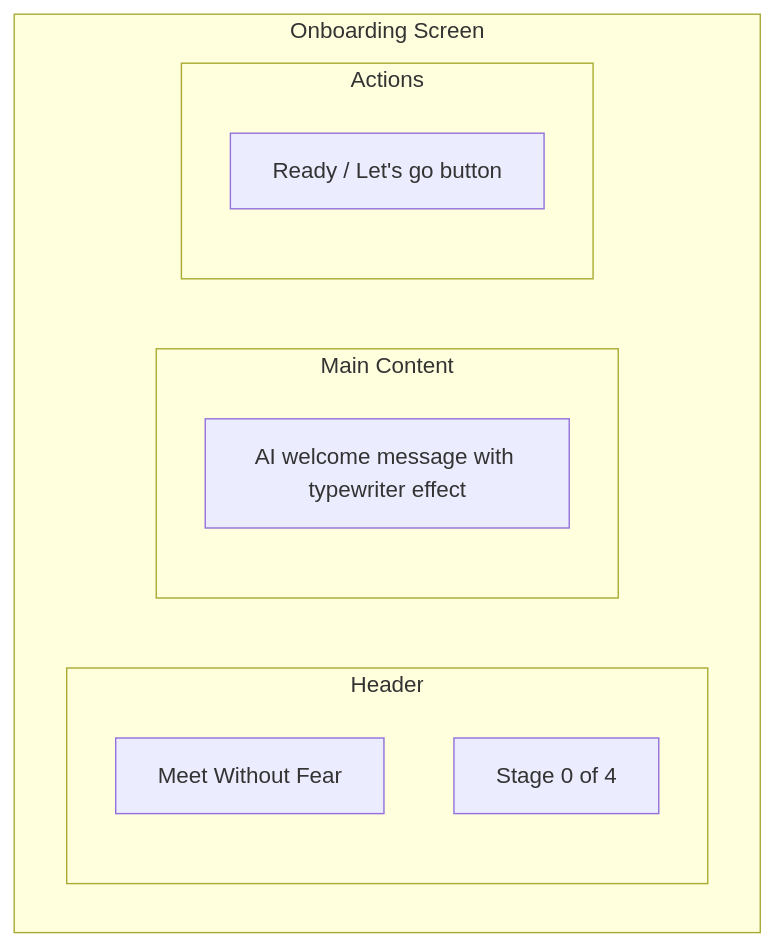
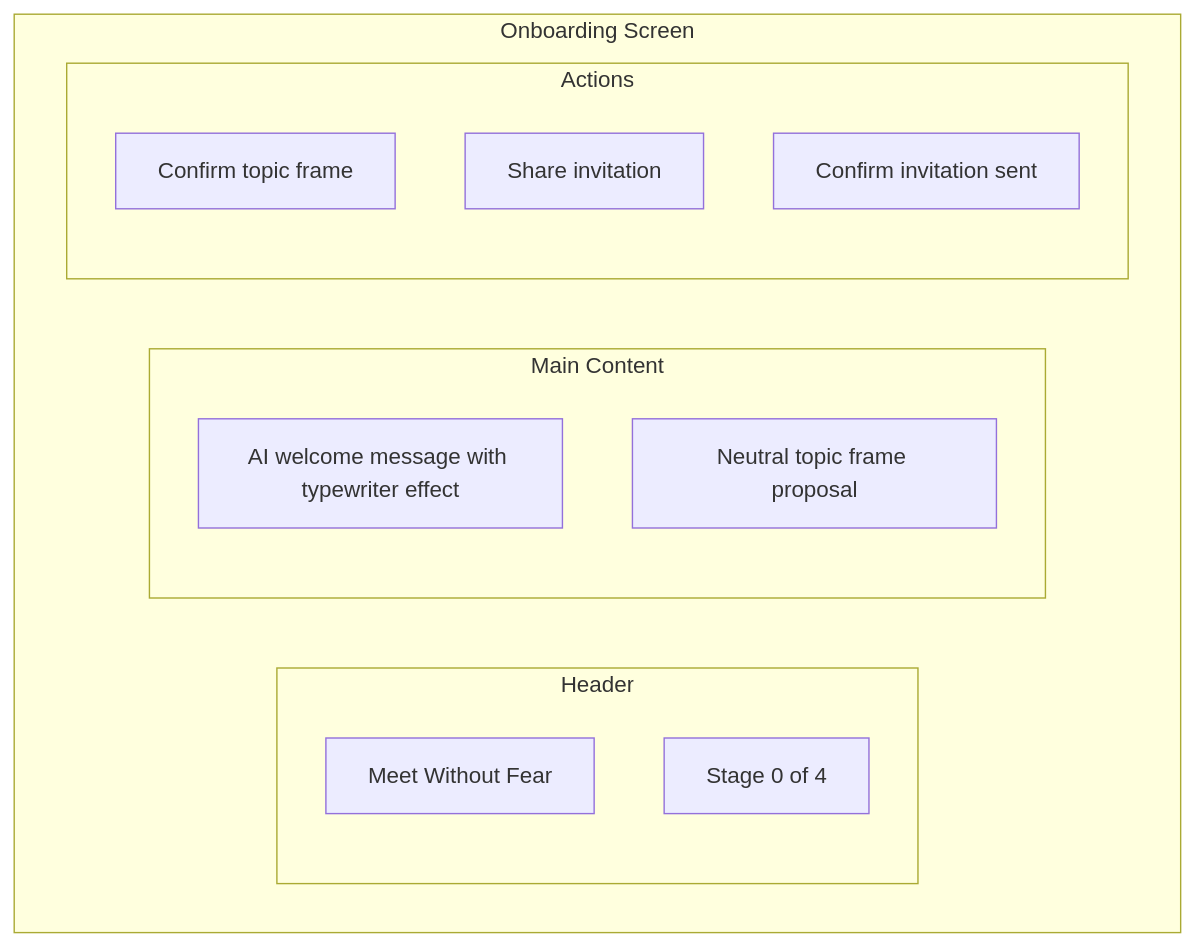
Before and after one commit to shantamg/meet-without-fear: the third of 3 diagrams in docs/product/stages/stage-0-onboarding.md, drawn with Mermaid. The commit also changed other lines of this file and 2 other files, not shown here.

````diff
--- a/docs/product/stages/stage-0-onboarding.md
+++ b/docs/product/stages/stage-0-onboarding.md
@@ -70,17 +70,20 @@
 ```mermaid
 flowchart TB
     subgraph Screen[Onboarding Screen]
         subgraph Header[Header]
             Logo[Meet Without Fear]
             Stage[Stage 0 of 4]
         end
 
         subgraph Content[Main Content]
             Message[AI welcome message with typewriter effect]
+            TopicDraft[Neutral topic frame proposal]
         end
 
         subgraph Actions[Actions]
-            Ready[Ready / Let's go button]
+            ConfirmTopic[Confirm topic frame]
+            ShareInvite[Share invitation]
+            ConfirmInvite[Confirm invitation sent]
         end
     end
 ```
````
